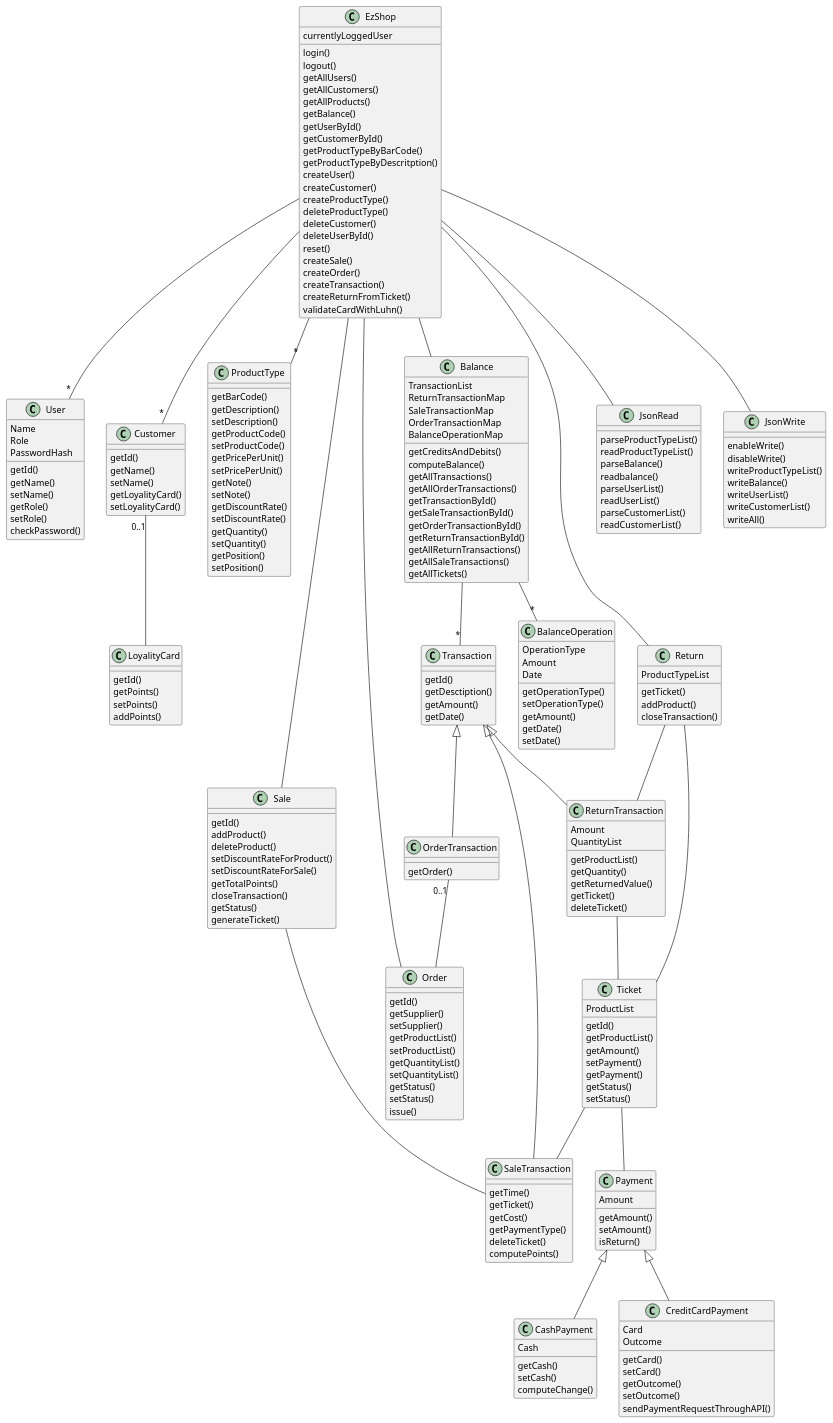
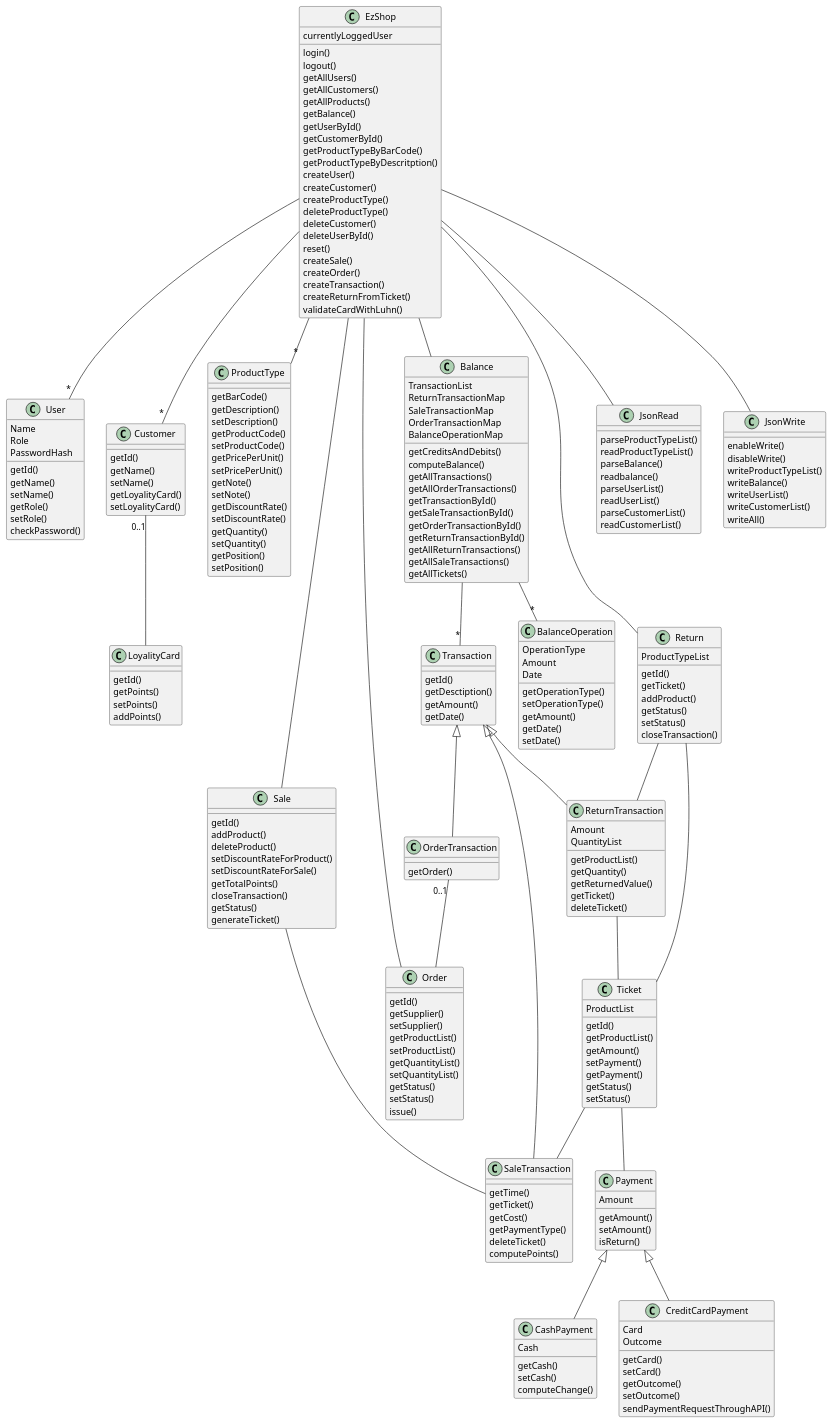
The second of 4 diagrams in Deliverables/DesignDocument.md (paolotron/EzshoProject31), drawn with PlantUML before and after one commit.

```diff
--- a/Deliverables/DesignDocument.md
+++ b/Deliverables/DesignDocument.md
@@ -205,8 +205,11 @@
 }
 class Return{
     ProductTypeList
+    getId()
     getTicket()
     addProduct()
+    getStatus()
+    setStatus()
     closeTransaction()
 }
 class Balance{
```
